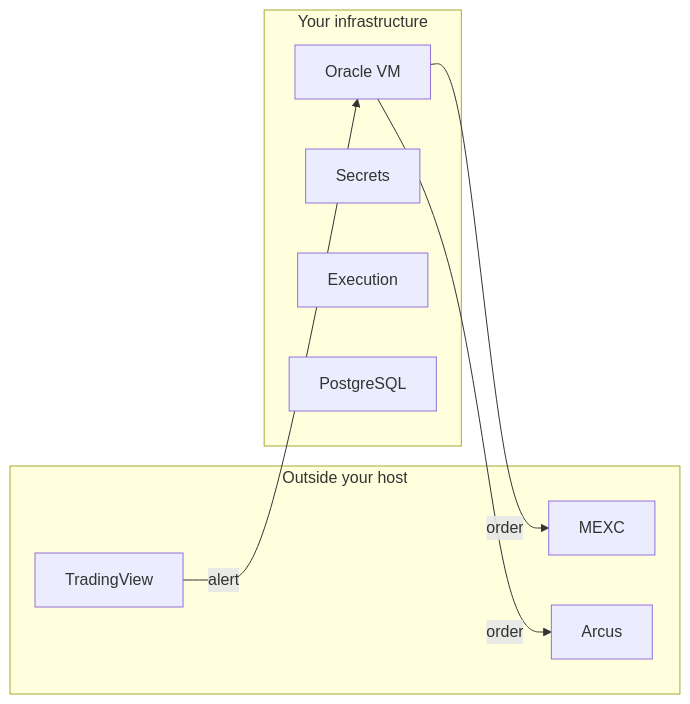
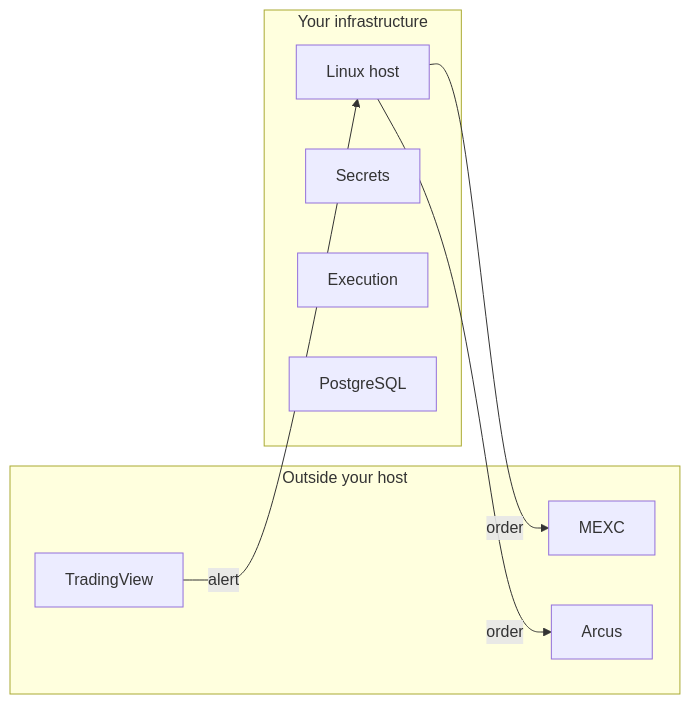
One commit to SignalNexus/signal-nexus changed the fourth of 5 diagrams in docs/architecture/ARCHITECTURE.md. Above: the diagram before and after it, drawn with Mermaid. The commit also changed other lines of this file and 29 other files, not shown here.

````diff
--- a/docs/architecture/ARCHITECTURE.md
+++ b/docs/architecture/ARCHITECTURE.md
@@ -74,17 +74,17 @@
 ```mermaid
 graph LR
   subgraph Public["Outside your host"]
     TradingView
     MEXC
     Arcus
   end
   subgraph Private["Your infrastructure"]
-    OracleVM["Oracle VM"]
+    OracleVM["Linux host"]
     Secrets
     Engine["Execution"]
     Database["PostgreSQL"]
   end
   TradingView -->|alert| OracleVM
   OracleVM -->|order| MEXC
   OracleVM -->|order| Arcus
 ```
````
